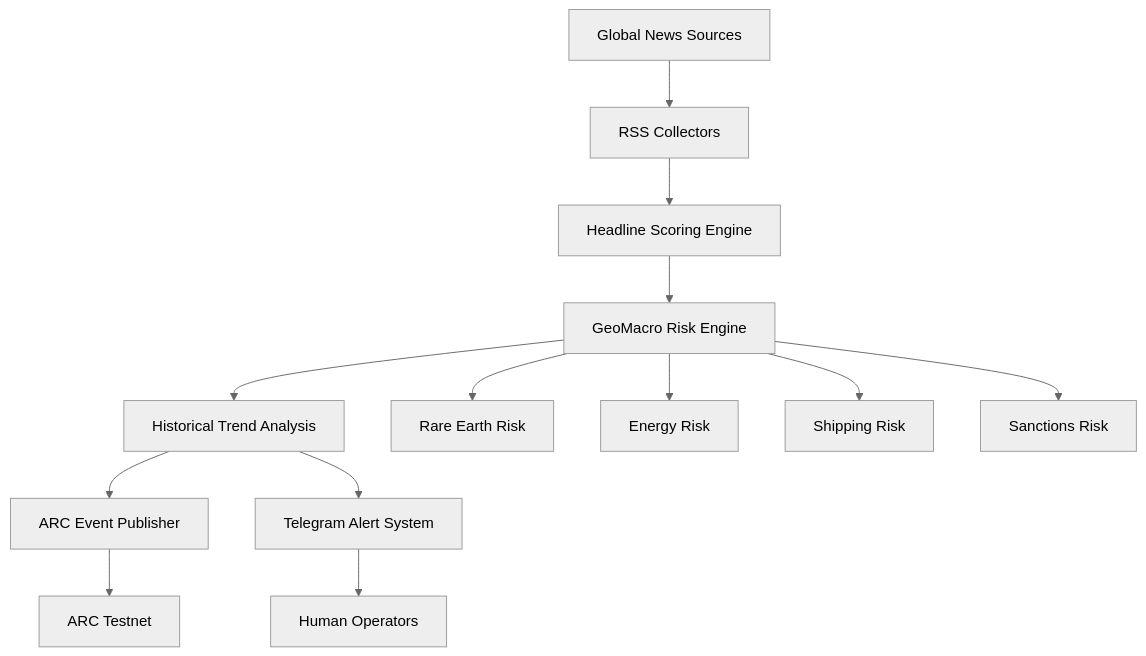
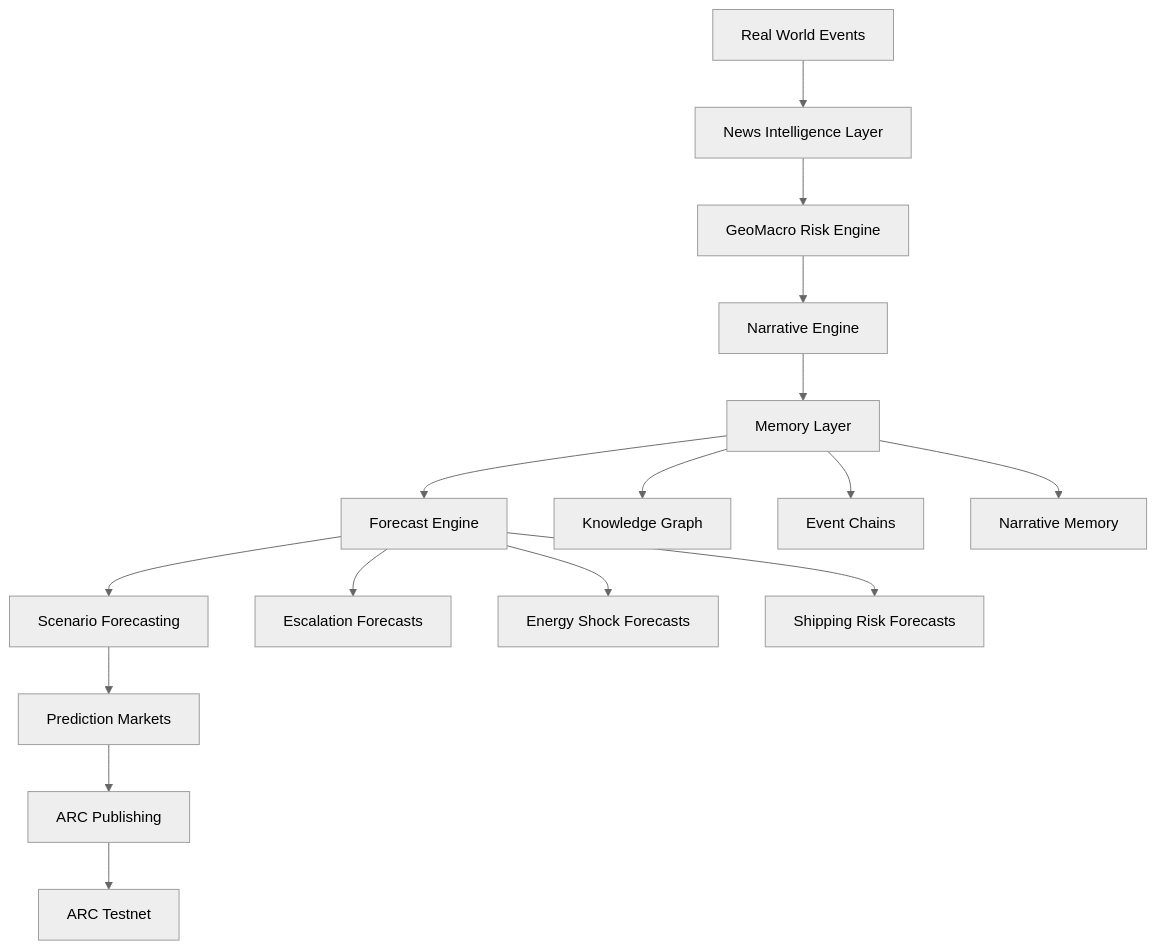
One commit to blocknine0/geomacro-oracle changed the diagram in README.md. Above: the diagram before and after it, drawn with Mermaid (neutral theme). The commit also changed other lines of this file, not shown here.

````diff
--- a/README.md
+++ b/README.md
@@ -62,39 +87,48 @@
 ```mermaid
 flowchart TD
 
-A[Global News Sources]
---> B[RSS Collectors]
+A[Real World Events]
+--> B[News Intelligence Layer]
 
 B
---> C[Headline Scoring Engine]
+--> C[GeoMacro Risk Engine]
 
 C
---> D[GeoMacro Risk Engine]
+--> D[Narrative Engine]
 
 D
---> E[Historical Trend Analysis]
+--> E[Memory Layer]
 
 E
---> F[ARC Event Publisher]
+--> F[Forecast Engine]
+
+F
+--> G[Scenario Forecasting]
+
+G
+--> H[Prediction Markets]
+
+H
+--> I[ARC Publishing]
+
+I
+--> J[ARC Testnet]
+
+F
+--> K[Escalation Forecasts]
+
+F
+--> L[Energy Shock Forecasts]
+
+F
+--> M[Shipping Risk Forecasts]
 
 E
---> G[Telegram Alert System]
+--> N[Knowledge Graph]
 
-F
---> H[ARC Testnet]
+E
+--> O[Event Chains]
 
-G
---> I[Human Operators]
-
-D
---> J[Rare Earth Risk]
-
-D
---> K[Energy Risk]
-
-D
---> L[Shipping Risk]
-
-D
---> M[Sanctions Risk]
+E
+--> P[Narrative Memory]
 ```
````
